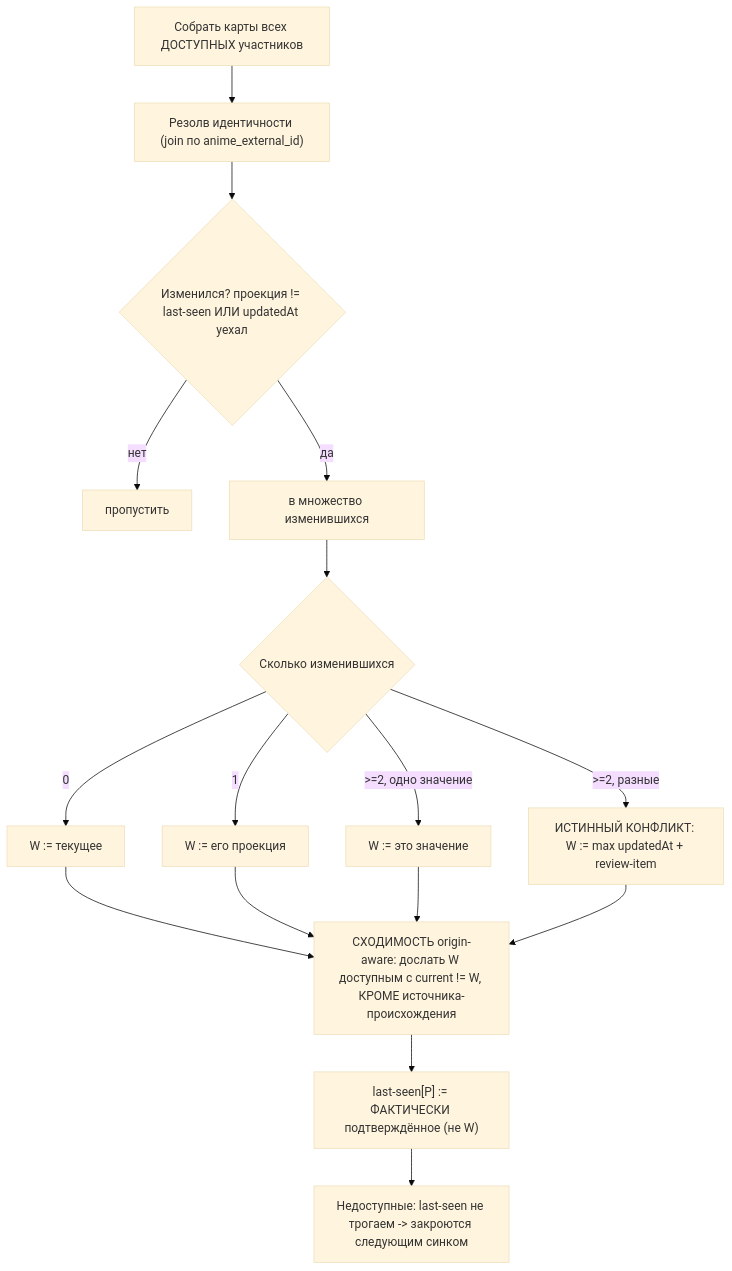
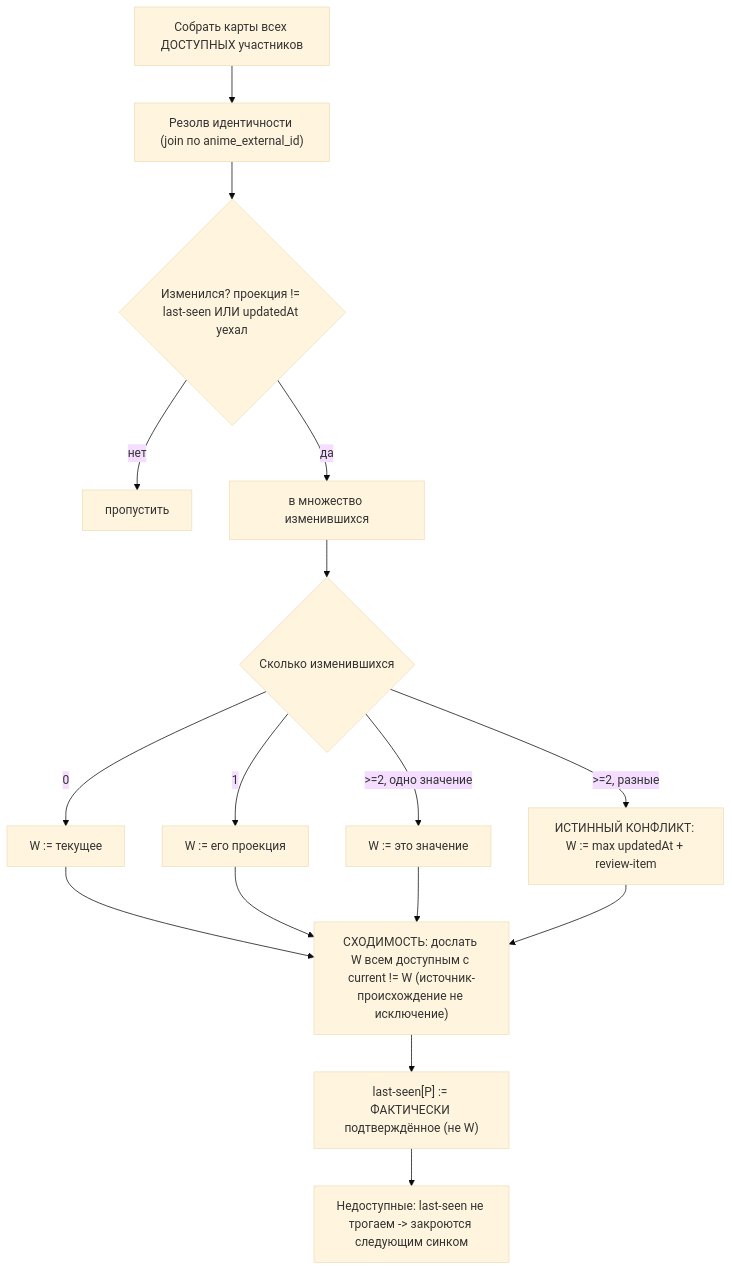
The fourth of 6 diagrams in .claude-docs/sync.md (anime-db/anime-db-desktop), drawn with Mermaid (base theme) before and after one commit. The commit also changed other lines of this file, not shown here.

First line of the commit message:
docs(sync): update reconciliation write-up for origin-drift self-healing

````diff
--- a/.claude-docs/sync.md
+++ b/.claude-docs/sync.md
@@ -103,18 +108,18 @@
 ```mermaid
 flowchart TD
     A["Собрать карты всех ДОСТУПНЫХ участников"] --> B["Резолв идентичности (join по anime_external_id)"]
     B --> C{"Изменился? проекция != last-seen ИЛИ updatedAt уехал"}
     C -->|нет| Z["пропустить"]
     C -->|да| D["в множество изменившихся"]
     D --> E{"Сколько изменившихся"}
     E -->|0| F0["W := текущее"]
     E -->|1| F1["W := его проекция"]
     E -->|">=2, одно значение"| F2["W := это значение"]
     E -->|">=2, разные"| F3["ИСТИННЫЙ КОНФЛИКТ: W := max updatedAt + review-item"]
     F0 --> G
     F1 --> G
     F2 --> G
-    F3 --> G["СХОДИМОСТЬ origin-aware: дослать W доступным с current != W, КРОМЕ источника-происхождения"]
+    F3 --> G["СХОДИМОСТЬ: дослать W всем доступным с current != W (источник-происхождение не исключение)"]
     G --> H["last-seen[P] := ФАКТИЧЕСКИ подтверждённое (не W)"]
     H --> I["Недоступные: last-seen не трогаем -> закроются следующим синком"]
 ```
````
